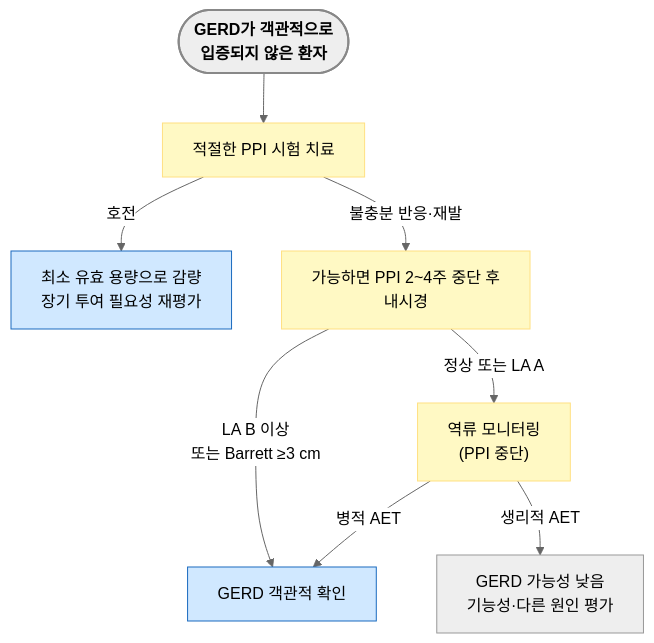
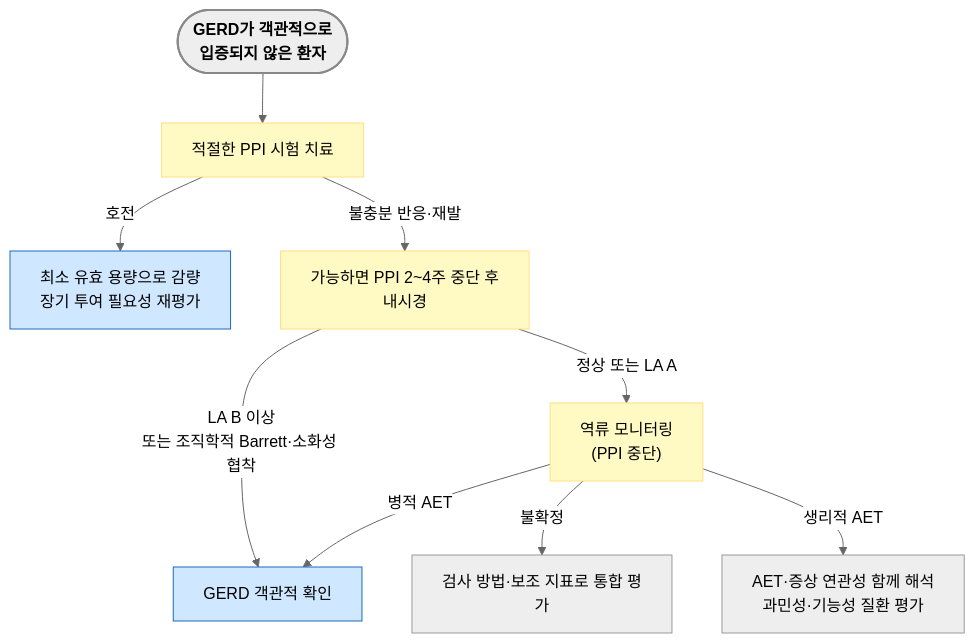
The fourth of 5 diagrams in 224_/081_-gerd.md (familyoh77/familyoh77), drawn with Mermaid (neutral theme) before and after one commit. The commit also changed other lines of this file and 1 other file, not shown here.

````diff
--- a/224_/081_-gerd.md
+++ b/224_/081_-gerd.md
@@ -307,16 +313,17 @@
 ```mermaid
 graph TD
     Start1(["<b>GERD가 객관적으로<br/>입증되지 않은 환자</b>"]) --> PPI1["적절한 PPI 시험 치료"]
     PPI1 -- "호전" --> Success1["최소 유효 용량으로 감량<br/>장기 투여 필요성 재평가"]
     PPI1 -- "불충분 반응·재발" --> Scope1["가능하면 PPI 2~4주 중단 후<br/>내시경"]
-    Scope1 -- "LA B 이상<br/>또는 Barrett ≥3 cm" --> GERD1["GERD 객관적 확인"]
+    Scope1 -- "LA B 이상<br/>또는 조직학적 Barrett·소화성 협착" --> GERD1["GERD 객관적 확인"]
     Scope1 -- "정상 또는 LA A" --> Monitor1["역류 모니터링<br/>(PPI 중단)"]
     Monitor1 -- "병적 AET" --> GERD1
-    Monitor1 -- "생리적 AET" --> NoEvidence["GERD 가능성 낮음<br/>기능성·다른 원인 평가"]
+    Monitor1 -- "불확정" --> Borderline1["검사 방법·보조 지표로 통합 평가"]
+    Monitor1 -- "생리적 AET" --> NoEvidence["AET·증상 연관성 함께 해석<br/>과민성·기능성 질환 평가"]
 
     style Start1 fill:#eeeeee,stroke:#888888,stroke-width:2px
     classDef yellow fill:#fff9c4,stroke:#ffe082
     class Scope1,Monitor1,PPI1 yellow
     classDef blue fill:#d0e8ff,stroke:#1a6abf
     class Success1,GERD1 blue
 ```
````
